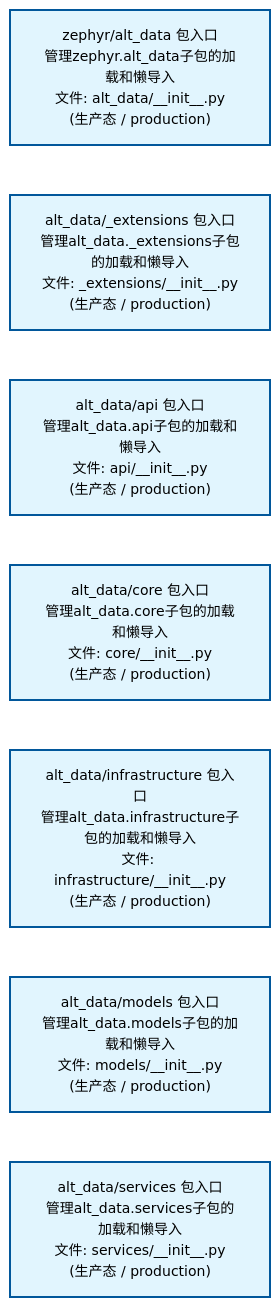
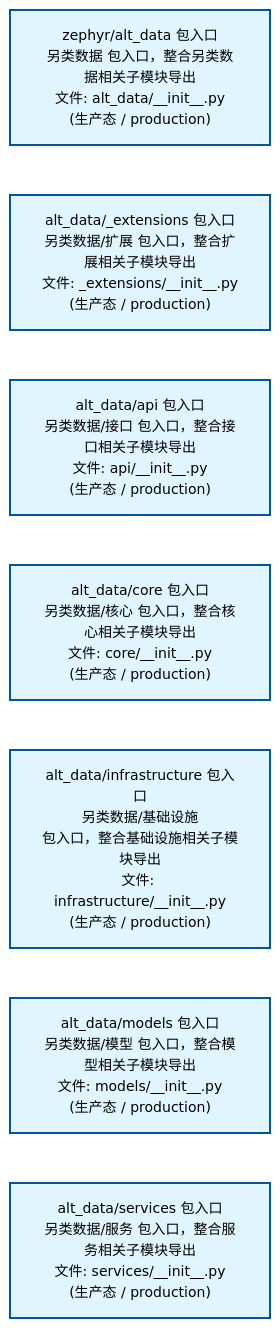
One commit to xuanFelixVan/ZephyrAlpha changed the first of 2 diagrams in docs/02_enterprise_architecture/02_domain_architecture_docs/09_d_alt_data.md. Above: the diagram before and after it, drawn with Mermaid. The commit also changed other lines of this file and 50 other files, not shown here.

````diff
--- a/docs/02_enterprise_architecture/02_domain_architecture_docs/09_d_alt_data.md
+++ b/docs/02_enterprise_architecture/02_domain_architecture_docs/09_d_alt_data.md
@@ -53,22 +53,22 @@
 ```mermaid
 %%{init: {'theme': 'base', 'themeVariables': {'primaryColor': '#eaeaea', 'primaryTextColor': '#333333', 'primaryBorderColor': '#666666', 'lineColor': '#666666', 'secondaryColor': '#eaeaea', 'tertiaryColor': '#eaeaea', 'fontSize': '14px'}}}%%
 flowchart TD
-    src_zephyr_alt_data_init_py["zephyr/alt_data 包入口<br/>管理zephyr.alt_data子包的加载和懒导入<br/>文件: alt_data/__init__.py<br/>(生产态 / production)"]
-    src_zephyr_alt_data_extensions_init_py["alt_data/_extensions 包入口<br/>管理alt_data._extensions子包的加载和懒导入<br/>文件: _extensions/__init__.py<br/>(生产态 / production)"]
-    src_zephyr_alt_data_api_init_py["alt_data/api 包入口<br/>管理alt_data.api子包的加载和懒导入<br/>文件: api/__init__.py<br/>(生产态 / production)"]
-    src_zephyr_alt_data_core_init_py["alt_data/core 包入口<br/>管理alt_data.core子包的加载和懒导入<br/>文件: core/__init__.py<br/>(生产态 / production)"]
-    src_zephyr_alt_data_infrastructure_init_py["alt_data/infrastructure 包入口<br/>管理alt_data.infrastructure子包的加载和懒导入<br/>文件: infrastructure/__init__.py<br/>(生产态 / production)"]
-    src_zephyr_alt_data_models_init_py["alt_data/models 包入口<br/>管理alt_data.models子包的加载和懒导入<br/>文件: models/__init__.py<br/>(生产态 / production)"]
-    src_zephyr_alt_data_services_init_py["alt_data/services 包入口<br/>管理alt_data.services子包的加载和懒导入<br/>文件: services/__init__.py<br/>(生产态 / production)"]
+    src_zephyr_alt_data_init_py["zephyr/alt_data 包入口<br/>另类数据 包入口，整合另类数据相关子模块导出<br/>文件: alt_data/__init__.py<br/>(生产态 / production)"]
+    src_zephyr_alt_data_extensions_init_py["alt_data/_extensions 包入口<br/>另类数据/扩展 包入口，整合扩展相关子模块导出<br/>文件: _extensions/__init__.py<br/>(生产态 / production)"]
+    src_zephyr_alt_data_api_init_py["alt_data/api 包入口<br/>另类数据/接口 包入口，整合接口相关子模块导出<br/>文件: api/__init__.py<br/>(生产态 / production)"]
+    src_zephyr_alt_data_core_init_py["alt_data/core 包入口<br/>另类数据/核心 包入口，整合核心相关子模块导出<br/>文件: core/__init__.py<br/>(生产态 / production)"]
+    src_zephyr_alt_data_infrastructure_init_py["alt_data/infrastructure 包入口<br/>另类数据/基础设施<br/>包入口，整合基础设施相关子模块导出<br/>文件: infrastructure/__init__.py<br/>(生产态 / production)"]
+    src_zephyr_alt_data_models_init_py["alt_data/models 包入口<br/>另类数据/模型 包入口，整合模型相关子模块导出<br/>文件: models/__init__.py<br/>(生产态 / production)"]
+    src_zephyr_alt_data_services_init_py["alt_data/services 包入口<br/>另类数据/服务 包入口，整合服务相关子模块导出<br/>文件: services/__init__.py<br/>(生产态 / production)"]
     src_zephyr_alt_data_init_py ~~~ src_zephyr_alt_data_extensions_init_py
     src_zephyr_alt_data_extensions_init_py ~~~ src_zephyr_alt_data_api_init_py
     src_zephyr_alt_data_api_init_py ~~~ src_zephyr_alt_data_core_init_py
     src_zephyr_alt_data_core_init_py ~~~ src_zephyr_alt_data_infrastructure_init_py
     src_zephyr_alt_data_infrastructure_init_py ~~~ src_zephyr_alt_data_models_init_py
     src_zephyr_alt_data_models_init_py ~~~ src_zephyr_alt_data_services_init_py
     classDef production fill:#e1f5fe,stroke:#01579b,stroke-width:2px,color:#000
     classDef design fill:#fff3e0,stroke:#e65100,stroke-width:2px,color:#000,stroke-dasharray: 5 5
     classDef external_prod fill:#e8f4fd,stroke:#0277bd,stroke-width:1px,color:#000
     classDef external_design fill:#fff8e7,stroke:#ef6c00,stroke-width:1px,color:#000,stroke-dasharray: 5 5
     class src_zephyr_alt_data_init_py,src_zephyr_alt_data_extensions_init_py,src_zephyr_alt_data_api_init_py,src_zephyr_alt_data_core_init_py,src_zephyr_alt_data_infrastructure_init_py,src_zephyr_alt_data_models_init_py,src_zephyr_alt_data_services_init_py production
 ```
````
